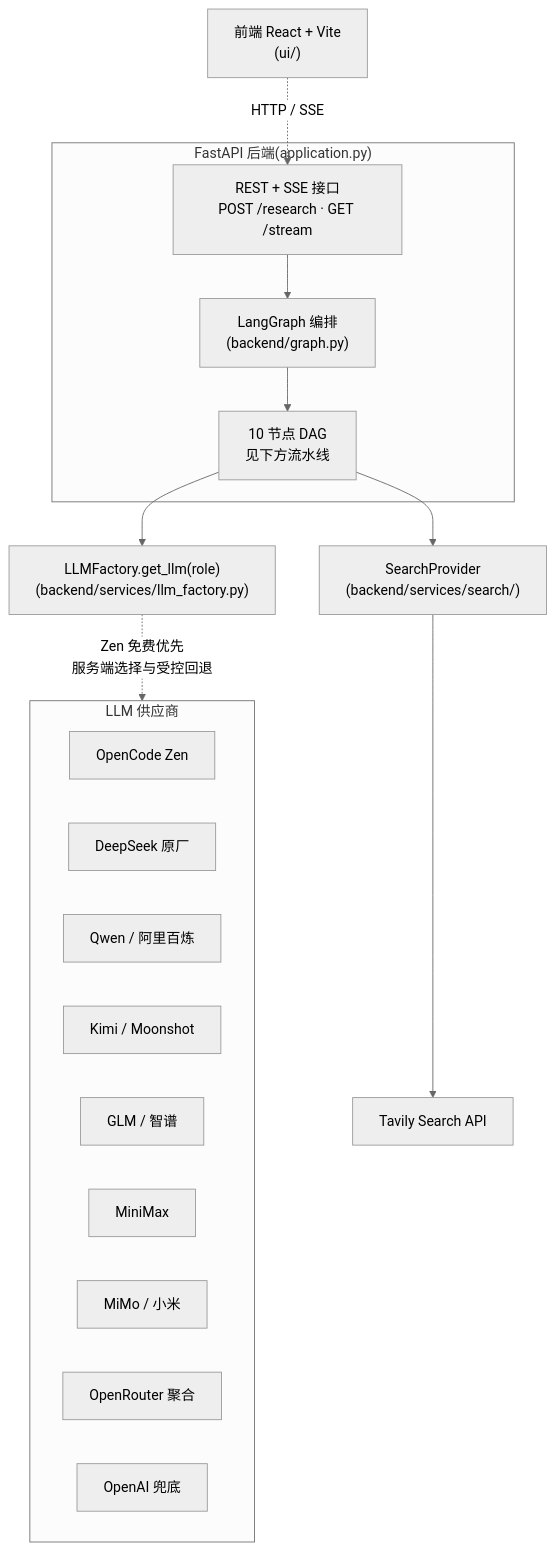
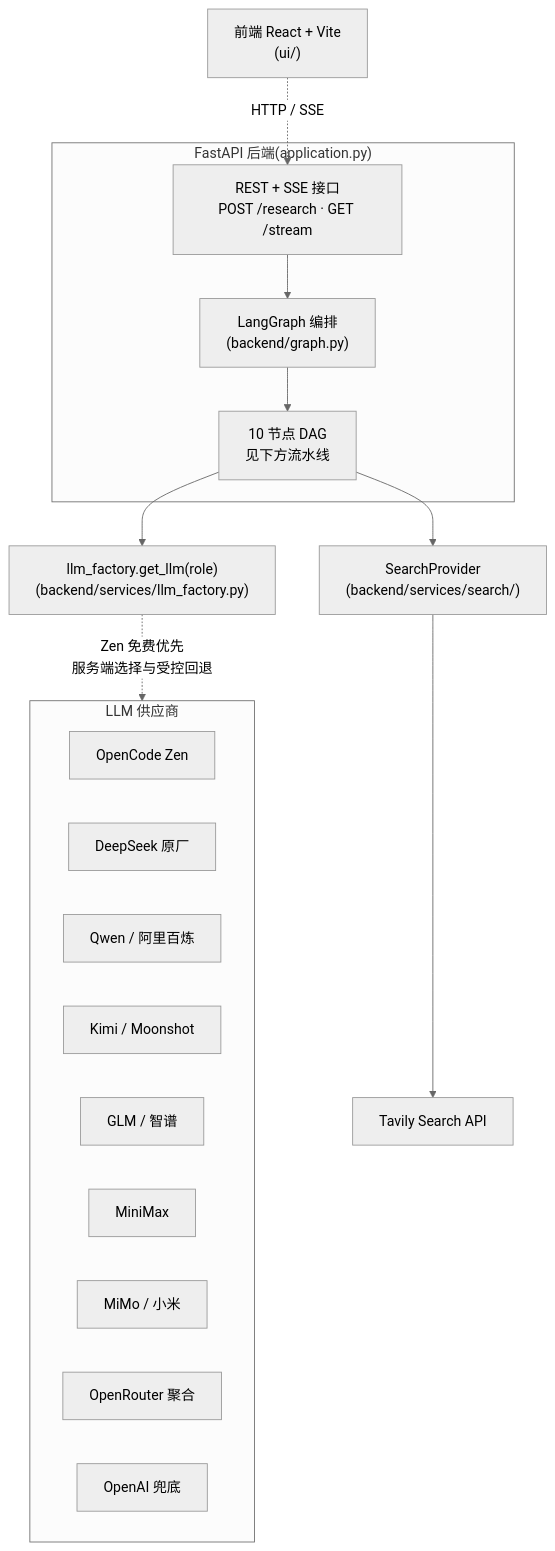
Before and after one commit to BovmantH/cn-company-research-agent: the first of 2 diagrams in README.md, drawn with Mermaid (neutral theme). The commit also changed other lines of this file, not shown here.

````diff
--- a/README.md
+++ b/README.md
@@ -55,25 +55,25 @@
 ```mermaid
 flowchart TB
     UI["前端 React + Vite<br/>(ui/)"] -.HTTP / SSE.-> API
     subgraph Backend["FastAPI 后端(application.py)"]
         API["REST + SSE 接口<br/>POST /research · GET /stream"]
         Graph["LangGraph 编排<br/>(backend/graph.py)"]
         API --> Graph
         Graph --> Pipeline["10 节点 DAG<br/>见下方流水线"]
     end
-    Pipeline --> LLM["LLMFactory.get_llm(role)<br/>(backend/services/llm_factory.py)"]
+    Pipeline --> LLM["llm_factory.get_llm(role)<br/>(backend/services/llm_factory.py)"]
     Pipeline --> Search["SearchProvider<br/>(backend/services/search/)"]
     LLM -.Zen 免费优先<br/>服务端选择与受控回退.-> Vendors
     Search --> Tavily[Tavily Search API]
     subgraph Vendors["LLM 供应商"]
         OC[OpenCode Zen]
         D[DeepSeek 原厂]
         Q[Qwen / 阿里百炼]
         K[Kimi / Moonshot]
         G[GLM / 智谱]
         MM[MiniMax]
         M[MiMo / 小米]
         OR[OpenRouter 聚合]
         OAI[OpenAI 兜底]
     end
 ```
````
